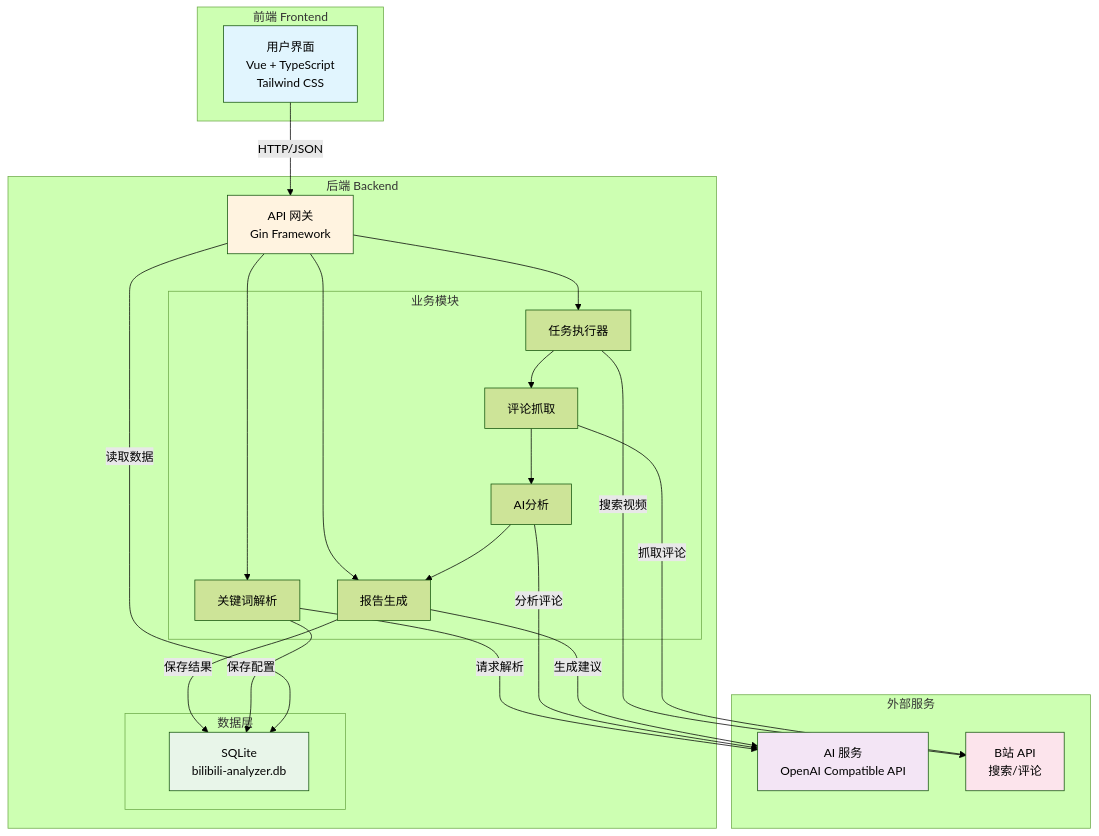
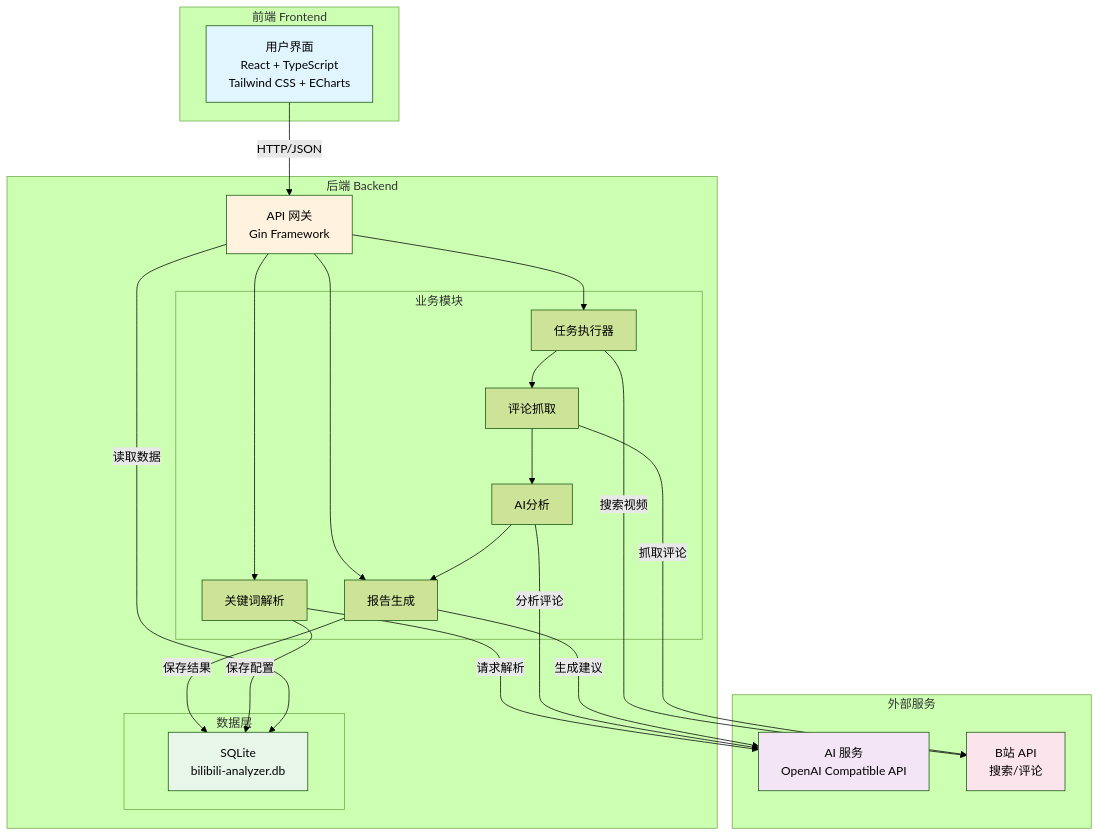
One commit to ShellMonster/BiliOpinion changed the first of 8 diagrams in README.md. Above: the diagram before and after it, drawn with Mermaid (forest theme). The commit also changed other lines of this file, not shown here.

First line of the commit message:
docs: 更新 README - Agent流程图和技术栈

````diff
--- a/README.md
+++ b/README.md
@@ -82,52 +81,52 @@
 ```mermaid
 graph TD
     subgraph "前端 Frontend"
-        UI["用户界面<br/>Vue + TypeScript<br/>Tailwind CSS"]
+        UI["用户界面<br/>React + TypeScript<br/>Tailwind CSS + ECharts"]
     end
 
     subgraph "后端 Backend"
         API["API 网关<br/>Gin Framework"]
 
         subgraph "业务模块"
             PARSE["关键词解析"]
             TASK["任务执行器"]
             SCRAPE["评论抓取"]
             ANALYZE["AI分析"]
             REPORT["报告生成"]
         end
 
         subgraph "数据层"
             DB["SQLite<br/>bilibili-analyzer.db"]
         end
     end
 
     subgraph "外部服务"
         AI["AI 服务<br/>OpenAI Compatible API"]
         BILI["B站 API<br/>搜索/评论"]
     end
 
     UI -->|"HTTP/JSON"| API
     API --> PARSE
     API --> TASK
     API --> REPORT
 
     PARSE -->|"请求解析"| AI
     TASK -->|"搜索视频"| BILI
     SCRAPE -->|"抓取评论"| BILI
     ANALYZE -->|"分析评论"| AI
     REPORT -->|"生成建议"| AI
 
     TASK --> SCRAPE
     SCRAPE --> ANALYZE
     ANALYZE --> REPORT
     REPORT -->|"保存结果"| DB
 
     PARSE -->|"保存配置"| DB
     API -->|"读取数据"| DB
 
     style UI fill:#e1f5fe
     style API fill:#fff3e0
     style AI fill:#f3e5f5
     style BILI fill:#fce4ec
     style DB fill:#e8f5e9
 ```
````
